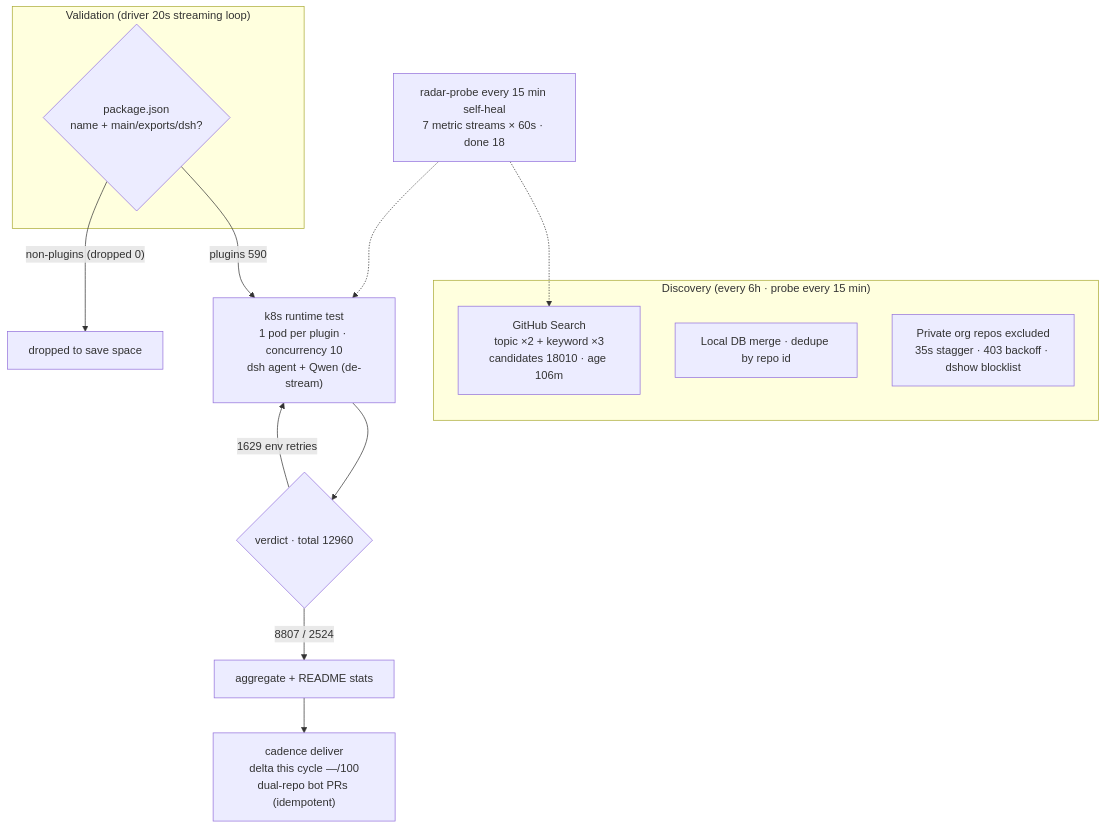
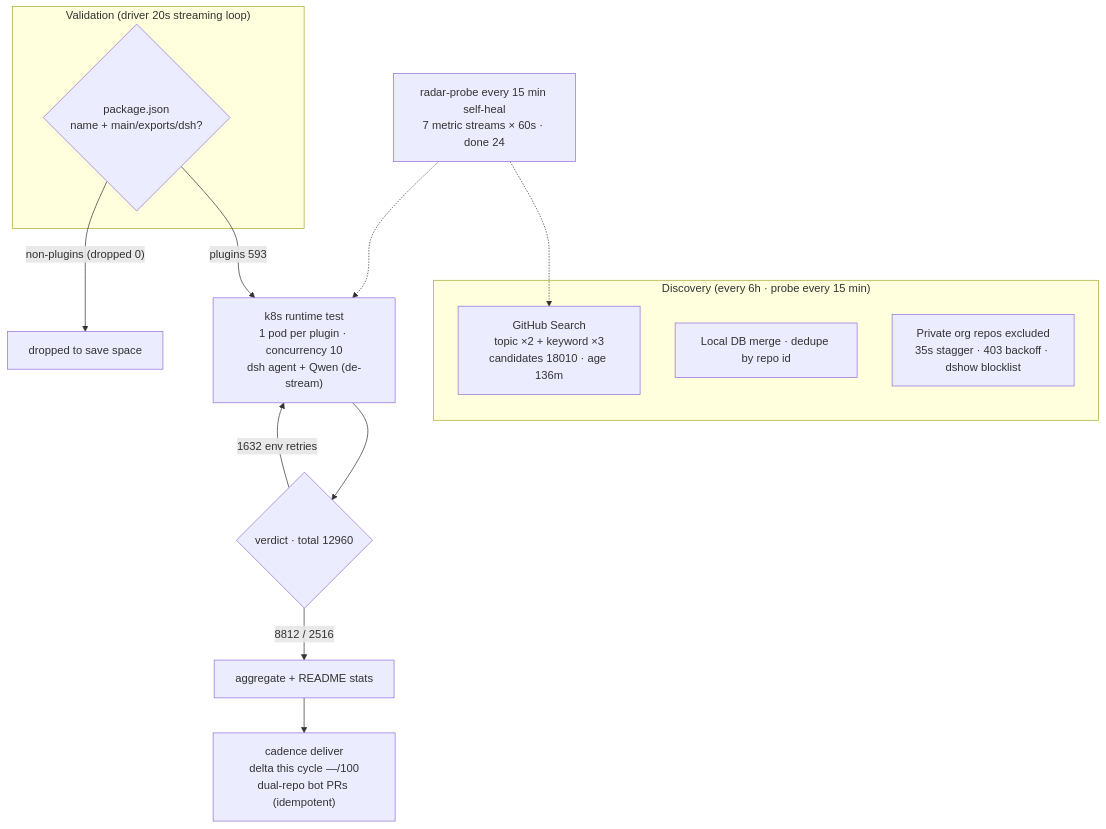
One commit to AdamPlatin123/awesome-dsh-plugins changed the diagram in README.en-US.md. Above: the diagram before and after it, drawn with Mermaid. The commit also changed other lines of this file and 5 other files, not shown here.

````diff
--- a/README.en-US.md
+++ b/README.en-US.md
@@ -45,20 +45,20 @@
 ```mermaid
 flowchart TB
     subgraph Discovery["Discovery (every 6h · probe every 15 min)"]
-        A1["GitHub Search<br/>topic ×2 + keyword ×3<br/>candidates 18010 · age 106m"]
+        A1["GitHub Search<br/>topic ×2 + keyword ×3<br/>candidates 18010 · age 136m"]
         A2["Local DB merge · dedupe by repo id"]
         A3["Private org repos excluded<br/>35s stagger · 403 backoff · dshow blocklist"]
     end
     subgraph Validation["Validation (driver 20s streaming loop)"]
         B1{"package.json<br/>name + main/exports/dsh?"}
     end
-    B1 -->|"plugins 590"| C1["k8s runtime test<br/>1 pod per plugin · concurrency 10<br/>dsh agent + Qwen (de-stream)"]
+    B1 -->|"plugins 593"| C1["k8s runtime test<br/>1 pod per plugin · concurrency 10<br/>dsh agent + Qwen (de-stream)"]
     B1 -->|"non-plugins (dropped 0)"| B3["dropped to save space"]
     C1 --> D1{"verdict · total 12960"}
-    D1 -->|"8807 / 2524"| E1["aggregate + README stats"]
-    D1 -->|"1629 env retries"| C1
+    D1 -->|"8812 / 2516"| E1["aggregate + README stats"]
+    D1 -->|"1632 env retries"| C1
     E1 --> E2["cadence deliver<br/>delta this cycle —/100<br/>dual-repo bot PRs (idempotent)"]
-    M["radar-probe every 15 min self-heal<br/>7 metric streams × 60s · done 18"]
+    M["radar-probe every 15 min self-heal<br/>7 metric streams × 60s · done 24"]
     M -.-> A1
     M -.-> C1
 ```
````
